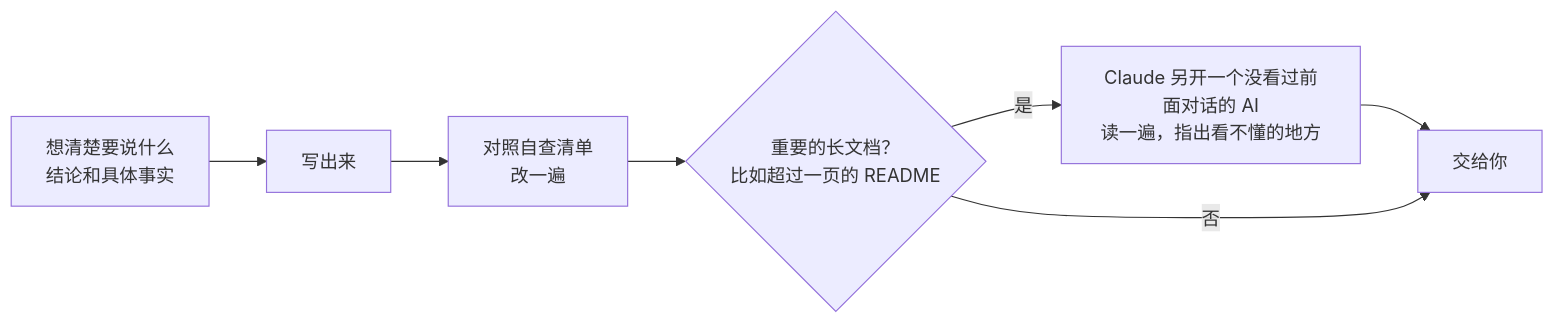
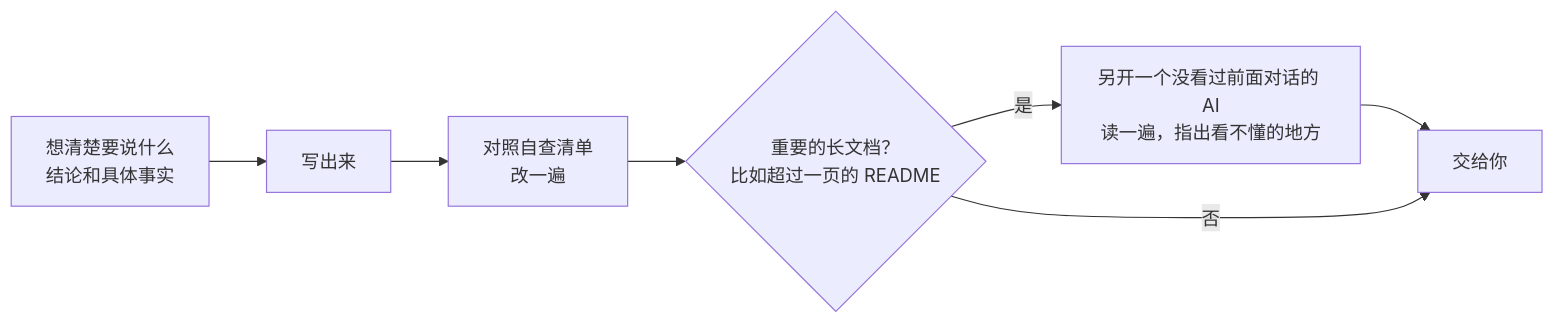
One commit to caredhieacid/talk-like-a-human changed the diagram in README.md. Above: the diagram before and after it, drawn with Mermaid. The commit also changed other lines of this file and 26 other files, not shown here.

````diff
--- a/README.md
+++ b/README.md
@@ -219,9 +254,9 @@
 ```mermaid
 flowchart LR
     A["想清楚要说什么<br/>结论和具体事实"] --> B["写出来"]
     B --> C["对照自查清单<br/>改一遍"]
     C --> D{"重要的长文档？<br/>比如超过一页的 README"}
-    D -- 是 --> E["Claude 另开一个没看过前面对话的 AI<br/>读一遍，指出看不懂的地方"]
+    D -- 是 --> E["另开一个没看过前面对话的 AI<br/>读一遍，指出看不懂的地方"]
     E --> F["交给你"]
     D -- 否 --> F
 ```
````
